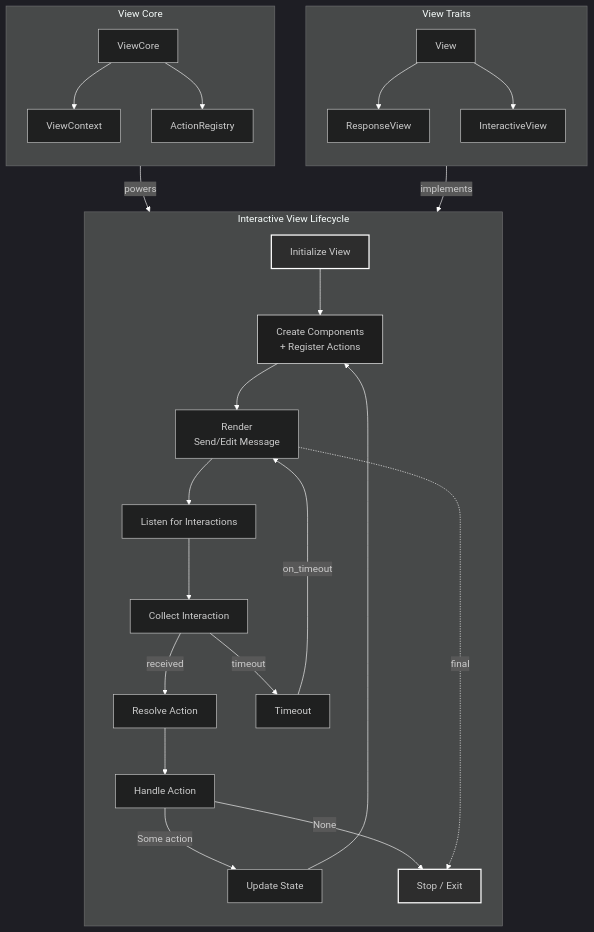
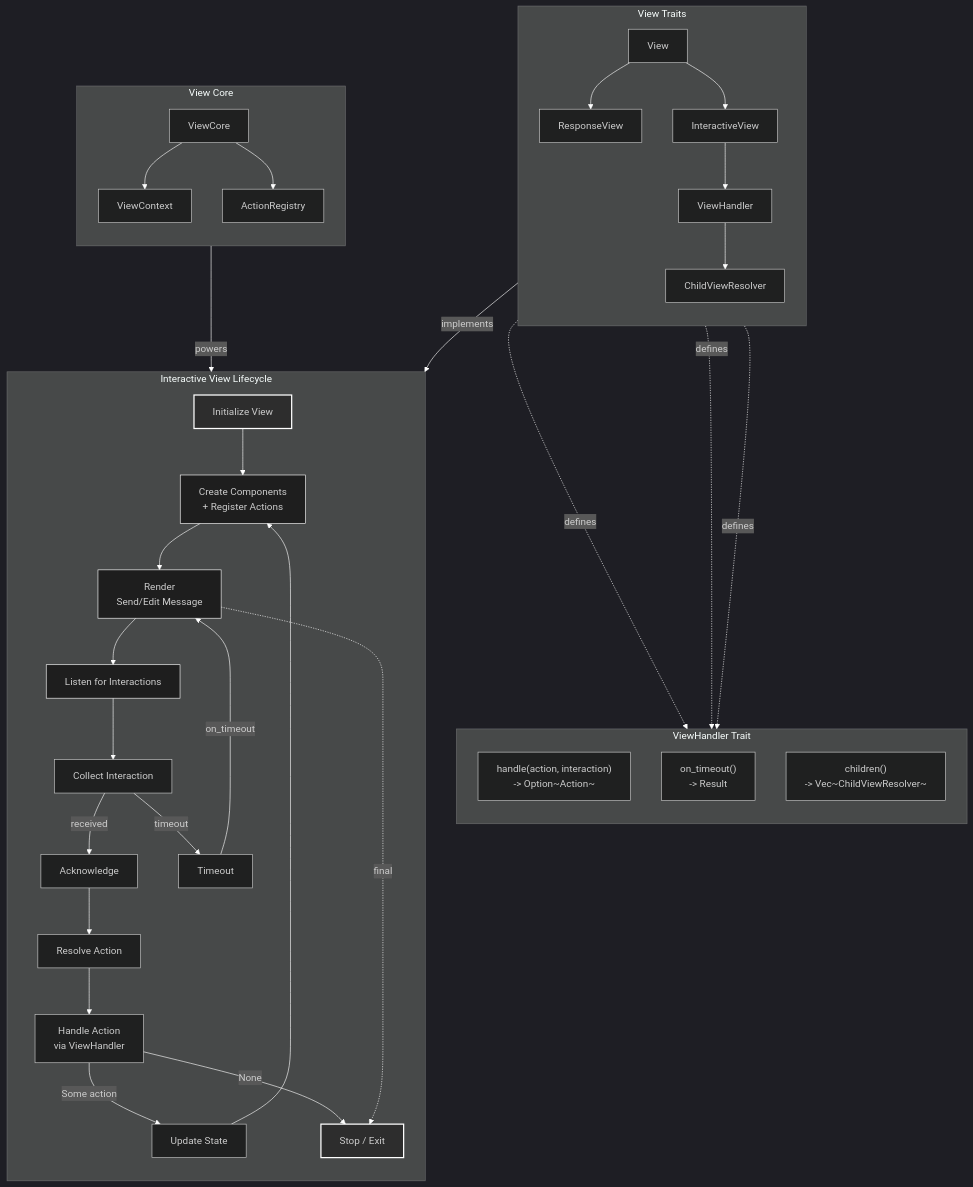
One commit to FAZuH/pwr-bot changed the diagram in docs/diagrams/architecture-view-lifecycle.mmd. Above: the diagram before and after it, drawn with Mermaid. The commit also changed 5 other files, not shown here.

```diff
--- a/docs/diagrams/architecture-view-lifecycle.mmd
+++ b/docs/diagrams/architecture-view-lifecycle.mmd
@@ -1,69 +1,87 @@
 %%{init: {
   'theme': 'dark',
   'themeVariables': {
     'primaryColor': '#1e1e1e',
     'primaryTextColor': '#ffffff',
     'primaryBorderColor': '#ffffff',
     'lineColor': '#ffffff',
     'secondaryColor': '#2d2d2d',
     'tertiaryColor': '#1e1e1e',
     'noteBkgColor': '#2d2d2d',
     'noteTextColor': '#ffffff',
     'noteBorderColor': '#ffffff'
   }
 }}%%
 graph TB
     subgraph ViewLifecycle["Interactive View Lifecycle"]
         direction TB
         
         Init["Initialize View"]
         Create["Create Components<br/>+ Register Actions"]
         Render["Render<br/>Send/Edit Message"]
         Listen["Listen for Interactions"]
         Collect["Collect Interaction"]
+        Ack["Acknowledge"]
         Resolve["Resolve Action"]
-        Handle["Handle Action"]
+        Handle["Handle Action<br/>via ViewHandler"]
         Update["Update State"]
         Stop["Stop / Exit"]
         Timeout["Timeout"]
 
         Init --> Create
         Create --> Render
         Render --> Listen
         Listen --> Collect
-        Collect -->|received| Resolve
-        Collect -->|timeout| Timeout
+        Collect -->|received| Ack
+        Ack --> Resolve
         Resolve --> Handle
         Handle -->|Some action| Update
         Handle -->|None| Stop
         Update --> Create
+        Collect -->|timeout| Timeout
         Timeout -->|on_timeout| Render
         Render -.->|final| Stop
     end
     
     subgraph Core["View Core"]
         direction TB
         ViewCore["ViewCore"]
         ViewContext["ViewContext"]
         ActionRegistry["ActionRegistry"]
         
         ViewCore --> ViewContext
         ViewCore --> ActionRegistry
     end
     
     subgraph Traits["View Traits"]
         direction TB
         View["View"]
         ResponseView["ResponseView"]
         InteractiveView["InteractiveView"]
+        ViewHandler["ViewHandler"]
+        ChildViewResolver["ChildViewResolver"]
         
         View --> ResponseView
         View --> InteractiveView
+        InteractiveView --> ViewHandler
+        ViewHandler --> ChildViewResolver
+    end
+    
+    subgraph Handler["ViewHandler Trait"]
+        direction TB
+        VH_Handle["handle(action, interaction)<br/>-> Option~Action~"]
+        VH_Timeout["on_timeout()<br/>-> Result"]
+        VH_Children["children()<br/>-> Vec~ChildViewResolver~"]
     end
     
     Core -->|powers| ViewLifecycle
     Traits -->|implements| ViewLifecycle
+    ViewHandler -.->|defines| VH_Handle
+    ViewHandler -.->|defines| VH_Timeout
+    ViewHandler -.->|defines| VH_Children
     
     style Init fill:#2d2d2d,stroke:#ffffff,stroke-width:2px
     style Stop fill:#2d2d2d,stroke:#ffffff,stroke-width:2px
     style Create fill:#1e1e1e,stroke:#ffffff
+    style Render fill:#1e1e1e,stroke:#ffffff
+    style Listen fill:#1e1e1e,stroke:#ffffff
```
